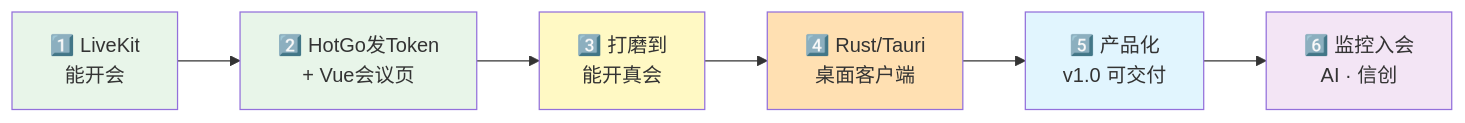
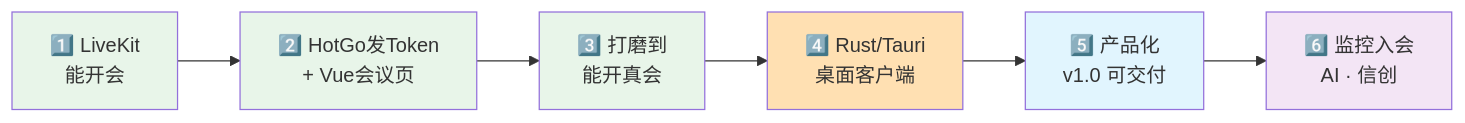
One commit to tengyinan1994/Video-Conference changed the diagram in 视频会议/学习和实现路线.md. Above: the diagram before and after it, drawn with Mermaid. The commit also changed other lines of this file and 5 other files, not shown here.

````diff
--- a/视频会议/学习和实现路线.md
+++ b/视频会议/学习和实现路线.md
@@ -49,14 +49,14 @@
 ```mermaid
 flowchart LR
   s1["1️⃣ LiveKit<br/>能开会"] --> s2["2️⃣ HotGo发Token<br/>+ Vue会议页"]
   s2 --> s3["3️⃣ 打磨到<br/>能开真会"]
   s3 --> s4["4️⃣ Rust/Tauri<br/>桌面客户端"]
   s4 --> s5["5️⃣ 产品化<br/>v1.0 可交付"]
   s5 --> s6["6️⃣ 监控入会<br/>AI · 信创"]
   style s1 fill:#e8f5e9
   style s2 fill:#e8f5e9
-  style s3 fill:#fff9c4
+  style s3 fill:#e8f5e9
   style s4 fill:#ffe0b2
   style s5 fill:#e1f5fe
   style s6 fill:#f3e5f5
 ```
````
